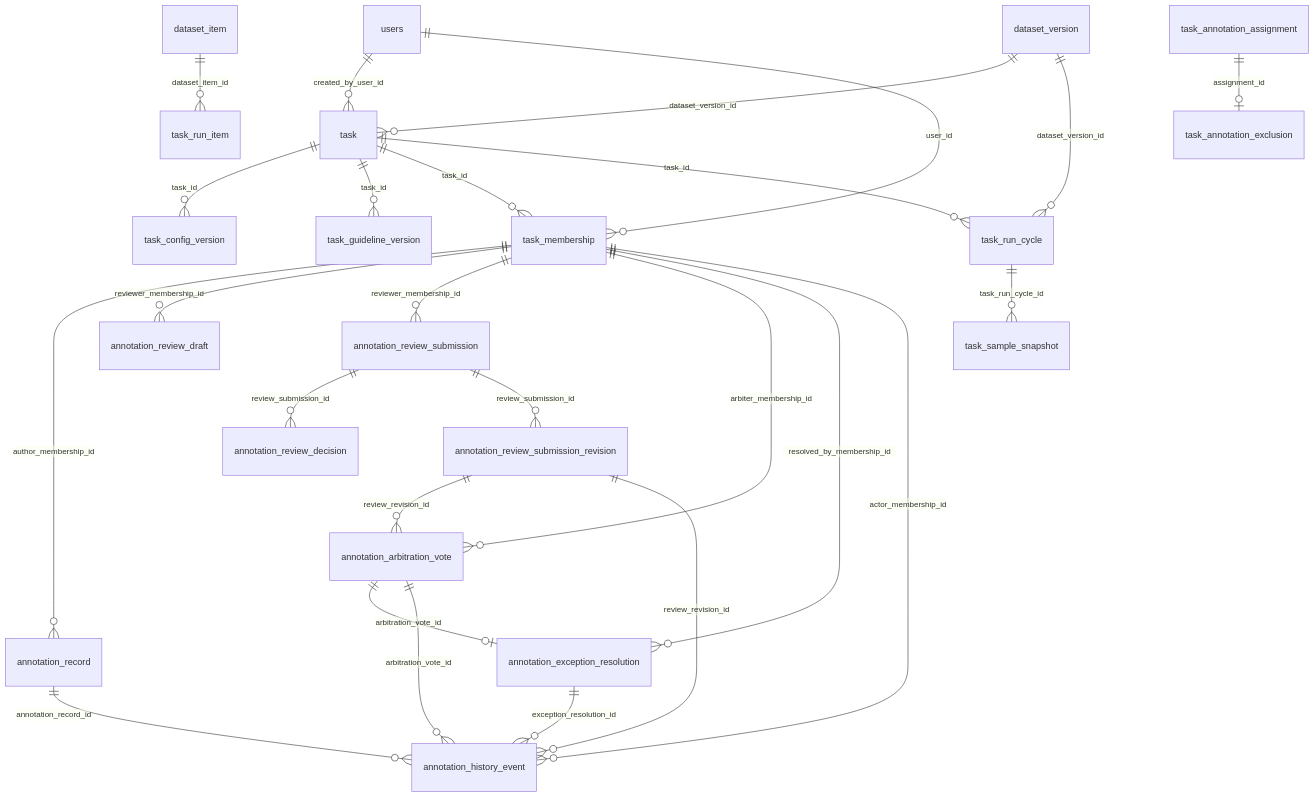
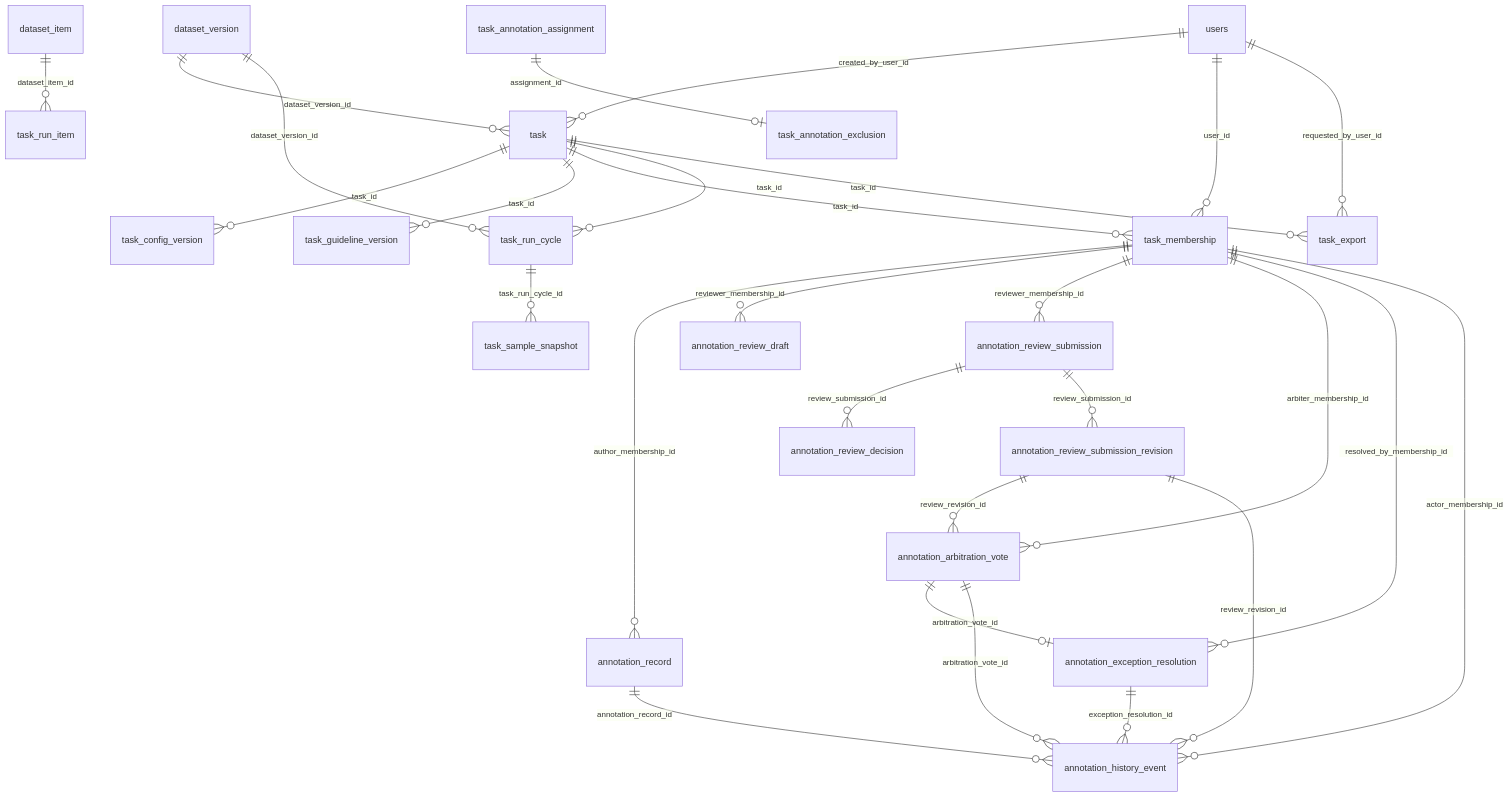
One commit to singyichen/label-suite changed the diagram in docs/diagrams/architecture/database-table-inventory.md. Above: the diagram before and after it, drawn with Mermaid. The commit also changed other lines of this file and 8 other files, not shown here.

````diff
--- a/docs/diagrams/architecture/database-table-inventory.md
+++ b/docs/diagrams/architecture/database-table-inventory.md
@@ -146,28 +155,30 @@
 ```mermaid
 erDiagram
     users ||--o{ task : created_by_user_id
     dataset_version ||--o{ task : dataset_version_id
     task ||--o{ task_config_version : task_id
     task ||--o{ task_guideline_version : task_id
     task ||--o{ task_membership : task_id
     users ||--o{ task_membership : user_id
     task ||--o{ task_run_cycle : task_id
     dataset_version ||--o{ task_run_cycle : dataset_version_id
     task_run_cycle ||--o{ task_sample_snapshot : task_run_cycle_id
     dataset_item ||--o{ task_run_item : dataset_item_id
     task_annotation_assignment ||--o| task_annotation_exclusion : assignment_id
     task_membership ||--o{ annotation_record : author_membership_id
     task_membership ||--o{ annotation_review_draft : reviewer_membership_id
     task_membership ||--o{ annotation_review_submission : reviewer_membership_id
     annotation_review_submission ||--o{ annotation_review_decision : review_submission_id
     annotation_review_submission ||--o{ annotation_review_submission_revision : review_submission_id
     task_membership ||--o{ annotation_arbitration_vote : arbiter_membership_id
     annotation_review_submission_revision ||--o{ annotation_arbitration_vote : review_revision_id
     annotation_arbitration_vote ||--o| annotation_exception_resolution : arbitration_vote_id
     task_membership ||--o{ annotation_exception_resolution : resolved_by_membership_id
     task_membership ||--o{ annotation_history_event : actor_membership_id
     annotation_record ||--o{ annotation_history_event : annotation_record_id
     annotation_review_submission_revision ||--o{ annotation_history_event : review_revision_id
     annotation_arbitration_vote ||--o{ annotation_history_event : arbitration_vote_id
     annotation_exception_resolution ||--o{ annotation_history_event : exception_resolution_id
+    task ||--o{ task_export : task_id
+    users ||--o{ task_export : requested_by_user_id
 ```
````
